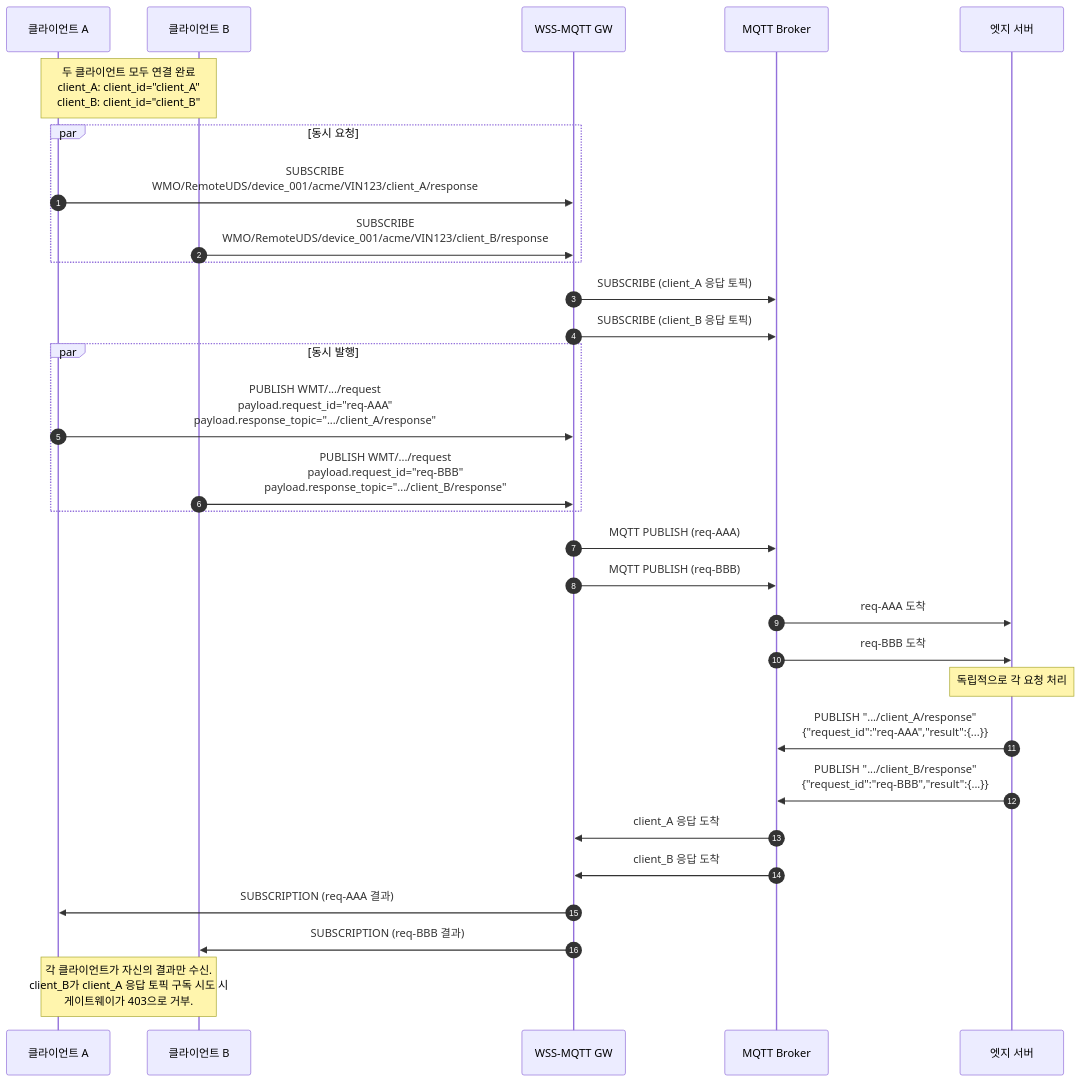
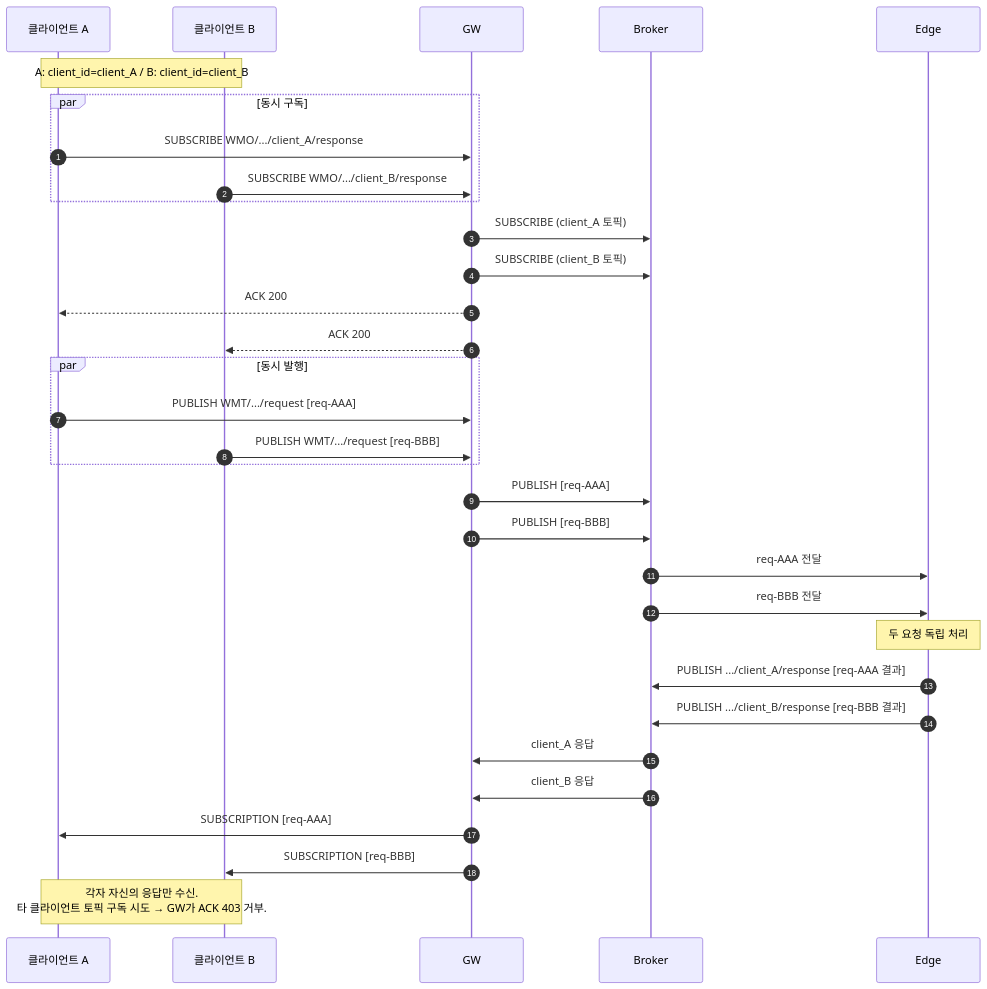
Before and after one commit to DongEunKim/MQTT-WSS-API: diagram 11 of 11 in docs/RPC_SEQUENCE_DIAGRAMS.md, drawn with Mermaid. The commit also changed other lines of this file, not shown here.

First line of the commit message:
docs: RPC 시퀀스 다이어그램 가독성 개선 (화살표 레이블 축약, 사양 분리)

````diff
--- a/docs/RPC_SEQUENCE_DIAGRAMS.md
+++ b/docs/RPC_SEQUENCE_DIAGRAMS.md
@@ -451,42 +406,41 @@
 ```mermaid
 sequenceDiagram
     autonumber
-    participant AppA as 클라이언트 A
-    participant AppB as 클라이언트 B
-    participant GW as WSS-MQTT GW
-    participant Broker as MQTT Broker
-    participant Edge as 엣지 서버
+    participant A as 클라이언트 A
+    participant B as 클라이언트 B
+    participant GW
+    participant Broker
+    participant Edge
 
-    Note over AppA,AppB: 두 클라이언트 모두 연결 완료<br/>client_A: client_id="client_A"<br/>client_B: client_id="client_B"
+    Note over A,B: A: client_id=client_A / B: client_id=client_B
 
-    par 동시 요청
-        AppA->>GW: SUBSCRIBE<br/>WMO/RemoteUDS/device_001/acme/VIN123/client_A/response
-        AppB->>GW: SUBSCRIBE<br/>WMO/RemoteUDS/device_001/acme/VIN123/client_B/response
+    par 동시 구독
+        A->>GW: SUBSCRIBE WMO/.../client_A/response
+        B->>GW: SUBSCRIBE WMO/.../client_B/response
     end
-
-    GW->>Broker: SUBSCRIBE (client_A 응답 토픽)
-    GW->>Broker: SUBSCRIBE (client_B 응답 토픽)
+    GW->>Broker: SUBSCRIBE (client_A 토픽)
+    GW->>Broker: SUBSCRIBE (client_B 토픽)
+    GW-->>A: ACK 200
+    GW-->>B: ACK 200
 
     par 동시 발행
-        AppA->>GW: PUBLISH WMT/.../request<br/>payload.request_id="req-AAA"<br/>payload.response_topic=".../client_A/response"
-        AppB->>GW: PUBLISH WMT/.../request<br/>payload.request_id="req-BBB"<br/>payload.response_topic=".../client_B/response"
+        A->>GW: PUBLISH WMT/.../request [req-AAA]
+        B->>GW: PUBLISH WMT/.../request [req-BBB]
     end
+    GW->>Broker: PUBLISH [req-AAA]
+    GW->>Broker: PUBLISH [req-BBB]
+    Broker->>Edge: req-AAA 전달
+    Broker->>Edge: req-BBB 전달
 
-    GW->>Broker: MQTT PUBLISH (req-AAA)
-    GW->>Broker: MQTT PUBLISH (req-BBB)
-    Broker->>Edge: req-AAA 도착
-    Broker->>Edge: req-BBB 도착
+    Note over Edge: 두 요청 독립 처리
 
-    Note over Edge: 독립적으로 각 요청 처리
+    Edge->>Broker: PUBLISH .../client_A/response [req-AAA 결과]
+    Edge->>Broker: PUBLISH .../client_B/response [req-BBB 결과]
 
-    Edge->>Broker: PUBLISH ".../client_A/response"<br/>{"request_id":"req-AAA","result":{...}}
-    Edge->>Broker: PUBLISH ".../client_B/response"<br/>{"request_id":"req-BBB","result":{...}}
+    Broker->>GW: client_A 응답
+    Broker->>GW: client_B 응답
+    GW->>A: SUBSCRIPTION [req-AAA]
+    GW->>B: SUBSCRIPTION [req-BBB]
 
-    Broker->>GW: client_A 응답 도착
-    Broker->>GW: client_B 응답 도착
-
-    GW->>AppA: SUBSCRIPTION (req-AAA 결과)
-    GW->>AppB: SUBSCRIPTION (req-BBB 결과)
-
-    Note over AppA,AppB: 각 클라이언트가 자신의 결과만 수신.<br/>client_B가 client_A 응답 토픽 구독 시도 시<br/>게이트웨이가 403으로 거부.
+    Note over A,B: 각자 자신의 응답만 수신.<br/>타 클라이언트 토픽 구독 시도 → GW가 ACK 403 거부.
 ```
````
